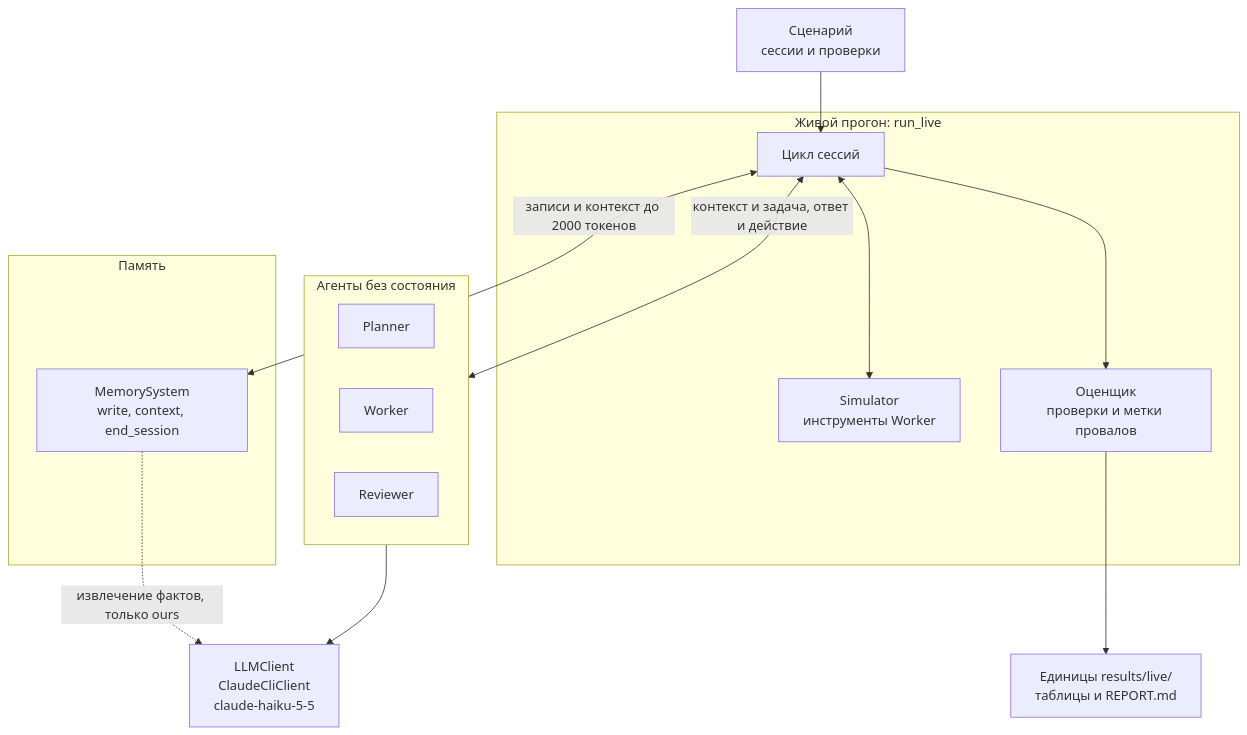
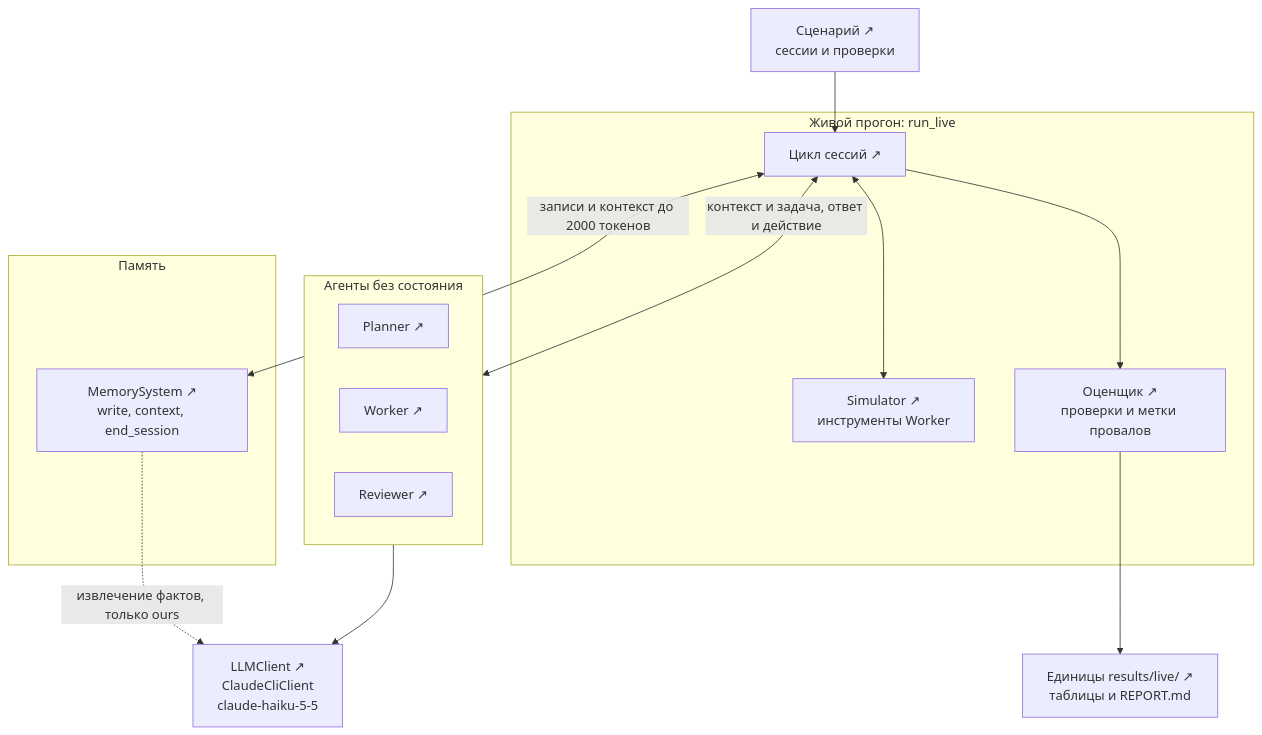
One commit to avikhorev/multi-agent-memory changed the first of 4 diagrams in docs/ARCHITECTURE.md. Above: the diagram before and after it, drawn with Mermaid. The commit also changed other lines of this file, not shown here.

First line of the commit message:
Link the architecture diagrams to the source lines

````diff
--- a/docs/ARCHITECTURE.md
+++ b/docs/ARCHITECTURE.md
@@ -9,31 +11,42 @@
 ```mermaid
 flowchart TB
-    scenario["Сценарий<br/>сессии и проверки"] --> loop
+    scenario["Сценарий ↗<br/>сессии и проверки"] --> loop
 
     subgraph harness["Живой прогон: run_live"]
-        loop["Цикл сессий"]
-        sim["Simulator<br/>инструменты Worker"]
-        scorer["Оценщик<br/>проверки и метки провалов"]
+        loop["Цикл сессий ↗"]
+        sim["Simulator ↗<br/>инструменты Worker"]
+        scorer["Оценщик ↗<br/>проверки и метки провалов"]
     end
 
     subgraph memory["Память"]
-        api["MemorySystem<br/>write, context, end_session"]
+        api["MemorySystem ↗<br/>write, context, end_session"]
     end
 
     subgraph agents["Агенты без состояния"]
-        planner["Planner"]
-        worker["Worker"]
-        reviewer["Reviewer"]
+        planner["Planner ↗"]
+        worker["Worker ↗"]
+        reviewer["Reviewer ↗"]
     end
 
-    llm["LLMClient<br/>ClaudeCliClient<br/>claude-haiku-5-5"]
-    results["Единицы results/live/<br/>таблицы и REPORT.md"]
+    llm["LLMClient ↗<br/>ClaudeCliClient<br/>claude-haiku-5-5"]
+    results["Единицы results/live/ ↗<br/>таблицы и REPORT.md"]
 
     loop <-->|"записи и контекст до 2000 токенов"| api
     loop <-->|"контекст и задача, ответ и действие"| agents
     loop <--> sim
     loop --> scorer
     scorer --> results
     agents --> llm
     api -.->|"извлечение фактов, только ours"| llm
+
+    click scenario href "https://github.com/avikhorev/multi-agent-memory/blob/18112222eb19dc6747d8ee919ad3317c25b77c6a/docs/SCENARIO_FORMAT.md"
+    click loop href "https://github.com/avikhorev/multi-agent-memory/blob/18112222eb19dc6747d8ee919ad3317c25b77c6a/src/mam/live.py#L130-L203"
+    click sim href "https://github.com/avikhorev/multi-agent-memory/blob/18112222eb19dc6747d8ee919ad3317c25b77c6a/src/mam/simulate.py#L14"
+    click scorer href "https://github.com/avikhorev/multi-agent-memory/blob/18112222eb19dc6747d8ee919ad3317c25b77c6a/src/mam/scoring.py#L95"
+    click api href "https://github.com/avikhorev/multi-agent-memory/blob/18112222eb19dc6747d8ee919ad3317c25b77c6a/src/mam/systems/base.py#L21"
+    click planner href "https://github.com/avikhorev/multi-agent-memory/blob/18112222eb19dc6747d8ee919ad3317c25b77c6a/src/mam/agents.py#L22"
+    click worker href "https://github.com/avikhorev/multi-agent-memory/blob/18112222eb19dc6747d8ee919ad3317c25b77c6a/src/mam/agents.py#L25"
+    click reviewer href "https://github.com/avikhorev/multi-agent-memory/blob/18112222eb19dc6747d8ee919ad3317c25b77c6a/src/mam/agents.py#L31"
+    click llm href "https://github.com/avikhorev/multi-agent-memory/blob/18112222eb19dc6747d8ee919ad3317c25b77c6a/src/mam/llm.py#L69"
+    click results href "https://github.com/avikhorev/multi-agent-memory/blob/18112222eb19dc6747d8ee919ad3317c25b77c6a/results/live/main/tables.md"
 ```
````
